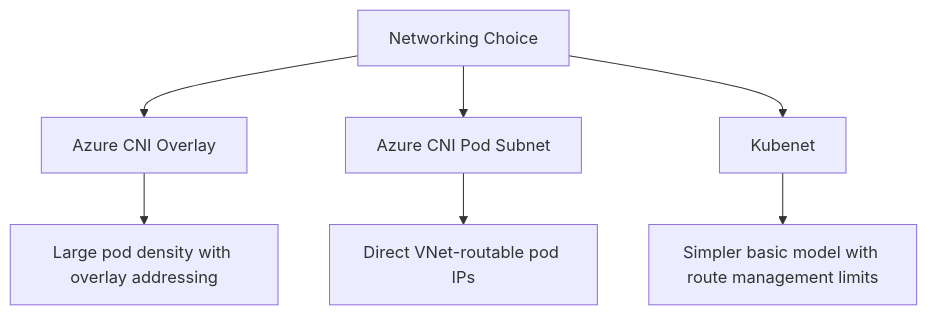
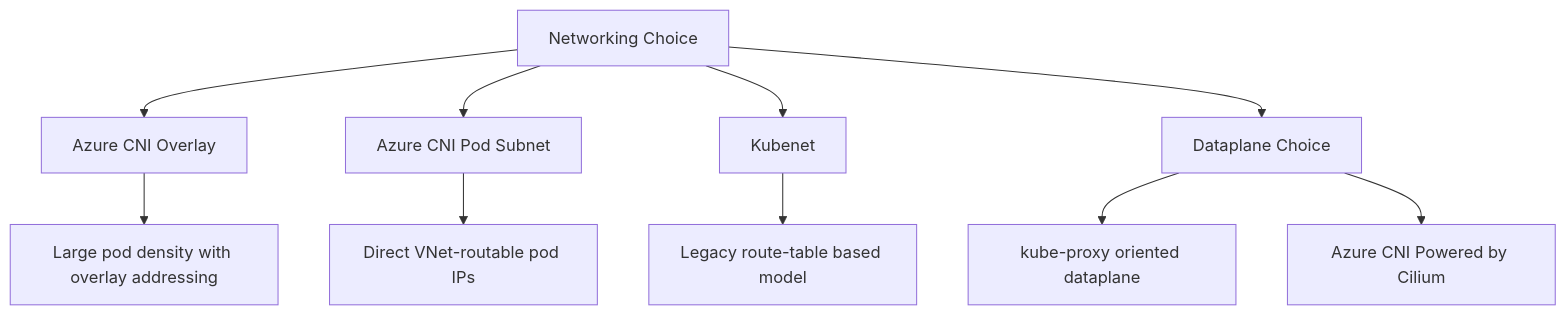
The diagram in docs/platform/networking-models.md (yeongseon/azure-kubernetes-service-practical-guide), drawn with Mermaid before and after one commit. The commit also changed other lines of this file and 11 other files, not shown here.

````diff
--- a/docs/platform/networking-models.md
+++ b/docs/platform/networking-models.md
@@ -39,9 +41,12 @@
 ```mermaid
 flowchart TD
     A[Networking Choice] --> B[Azure CNI Overlay]
     A --> C[Azure CNI Pod Subnet]
     A --> D[Kubenet]
     B --> E[Large pod density with overlay addressing]
     C --> F[Direct VNet-routable pod IPs]
-    D --> G[Simpler basic model with route management limits]
+    D --> G[Legacy route-table based model]
+    A --> H[Dataplane Choice]
+    H --> I[kube-proxy oriented dataplane]
+    H --> J[Azure CNI Powered by Cilium]
 ```
````
